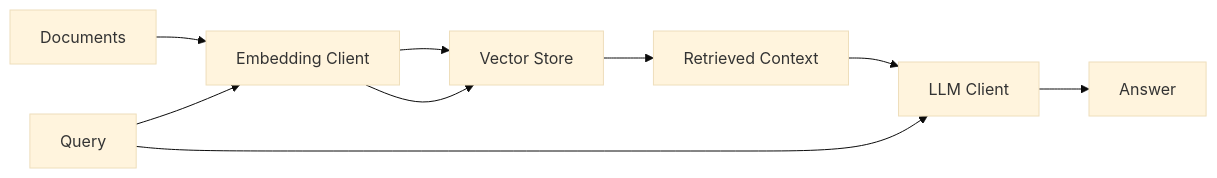
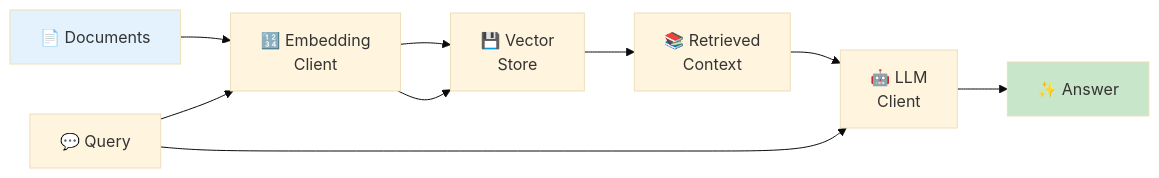
Before and after one commit to gmottola00/Quaerium: the diagram in docs/guides/rag_pipeline.md, drawn with Mermaid (base theme). The commit also changed other lines of this file and 30 other files, not shown here.

````diff
--- a/docs/guides/rag_pipeline.md
+++ b/docs/guides/rag_pipeline.md
@@ -9,11 +12,14 @@
-```{mermaid}
+```mermaid
 graph LR
-    A[Documents] --> B[Embedding Client]
-    B --> C[Vector Store]
-    D[Query] --> B
+    A[📄 Documents] --> B[🔢 Embedding<br/>Client]
+    B --> C[💾 Vector<br/>Store]
+    D[💬 Query] --> B
     B --> C
-    C --> E[Retrieved Context]
-    E --> F[LLM Client]
+    C --> E[📚 Retrieved<br/>Context]
+    E --> F[🤖 LLM<br/>Client]
     D --> F
-    F --> G[Answer]
+    F --> G[✨ Answer]
+    
+    style A fill:#e3f2fd
+    style G fill:#c8e6c9
 ```
````
